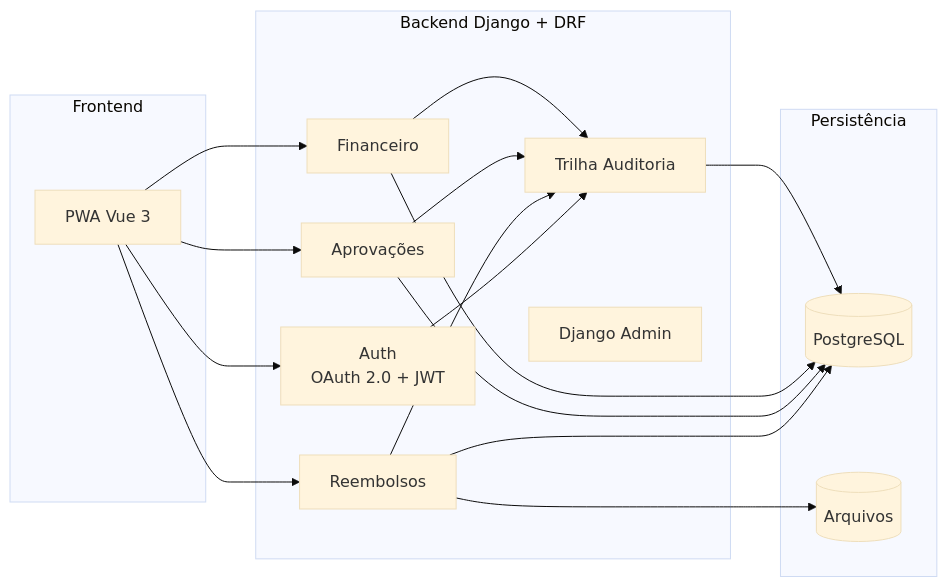
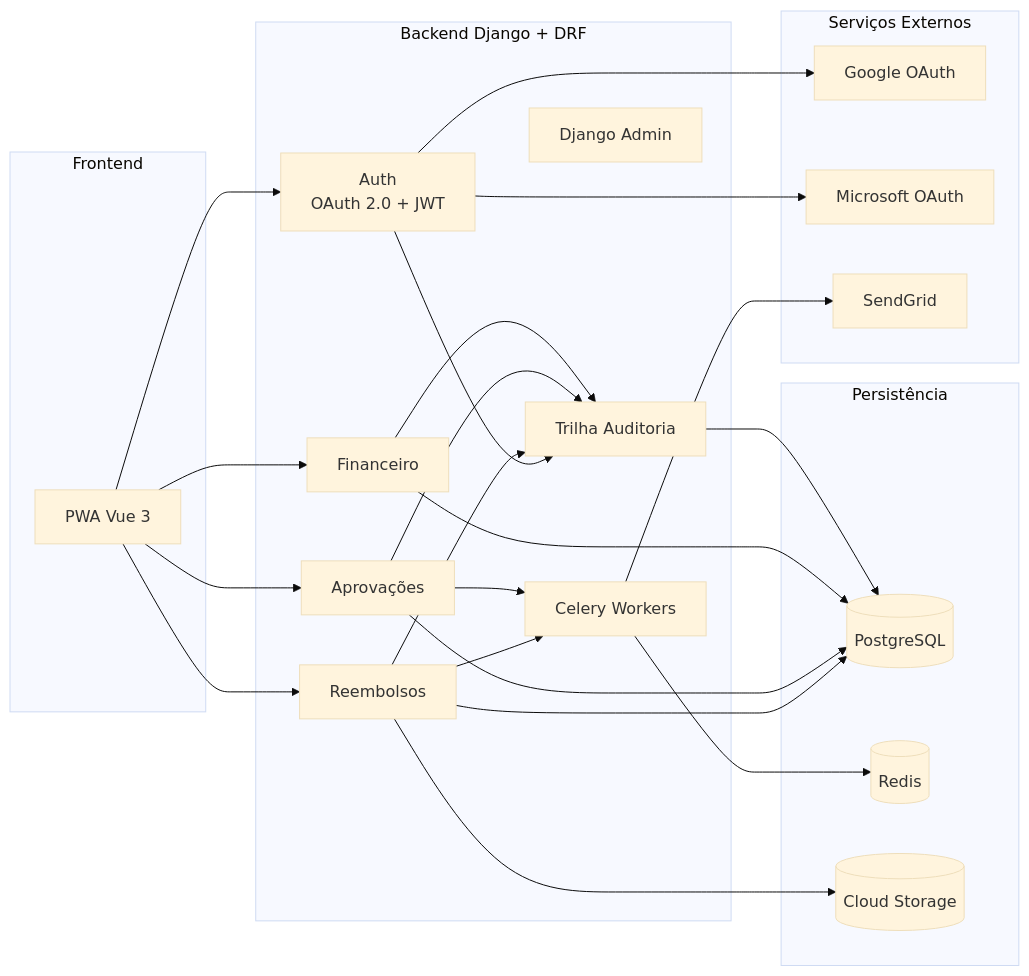
Before and after one commit to alletsc/elogroup-business-case: the first of 9 diagrams in docs/02-high-level-design.md, drawn with Mermaid (base theme). The commit also changed other lines of this file and 3 other files, not shown here.

````diff
--- a/docs/02-high-level-design.md
+++ b/docs/02-high-level-design.md
@@ -13,34 +13,48 @@
 ```mermaid
 flowchart LR
     subgraph FE["Frontend"]
         PWA["PWA Vue 3"]
     end
 
     subgraph BE["Backend Django + DRF"]
         Auth["Auth<br/>OAuth 2.0 + JWT"]
         Reembolsos
         Aprovacoes["Aprovações"]
         Financeiro
         Auditoria["Trilha Auditoria"]
         Admin["Django Admin"]
+        Celery["Celery Workers"]
     end
 
     subgraph DB["Persistência"]
         Postgres[("PostgreSQL")]
-        Storage[("Arquivos")]
+        Redis[("Redis")]
+        Storage[("Cloud Storage")]
+    end
+
+    subgraph External["Serviços Externos"]
+        Google["Google OAuth"]
+        Microsoft["Microsoft OAuth"]
+        SendGrid["SendGrid"]
     end
 
     PWA --> Auth
     PWA --> Reembolsos
     PWA --> Aprovacoes
     PWA --> Financeiro
+    Auth --> Google
+    Auth --> Microsoft
     Auth --> Auditoria
     Reembolsos --> Auditoria
     Aprovacoes --> Auditoria
     Financeiro --> Auditoria
     Reembolsos --> Postgres
     Aprovacoes --> Postgres
     Financeiro --> Postgres
     Auditoria --> Postgres
     Reembolsos --> Storage
+    Celery --> Redis
+    Celery --> SendGrid
+    Reembolsos --> Celery
+    Aprovacoes --> Celery
 ```
````
